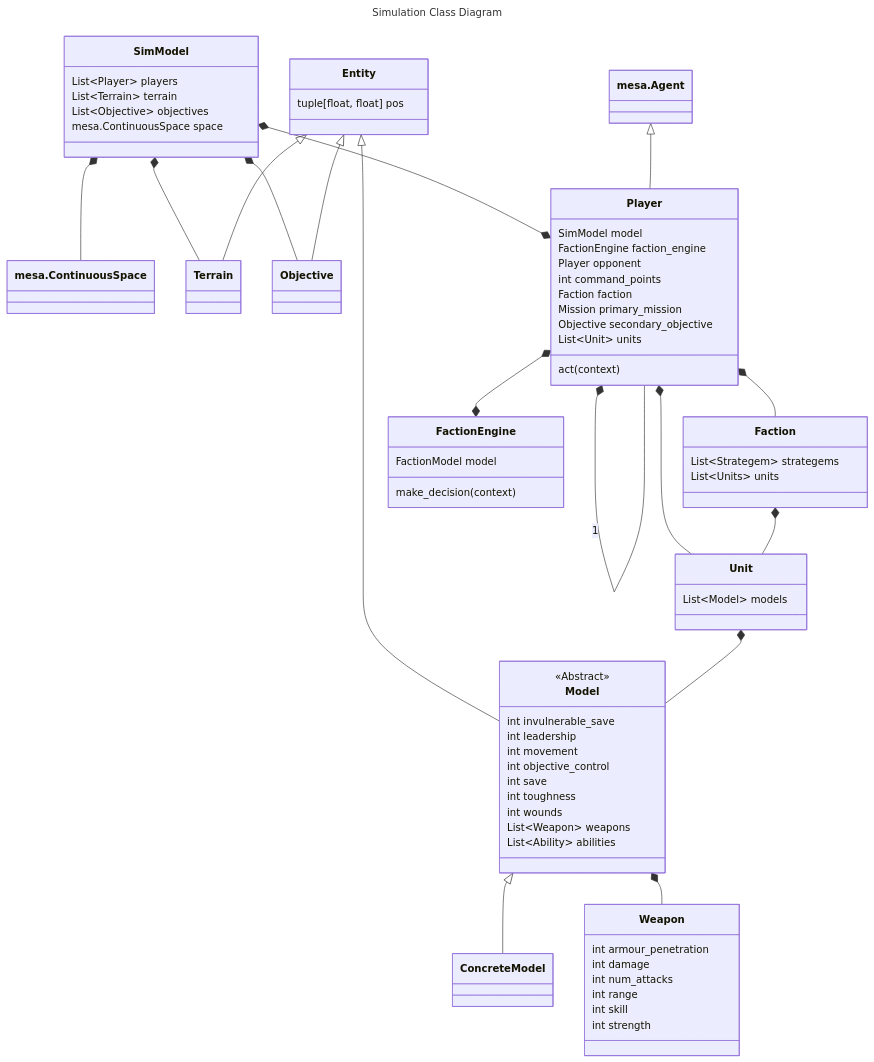
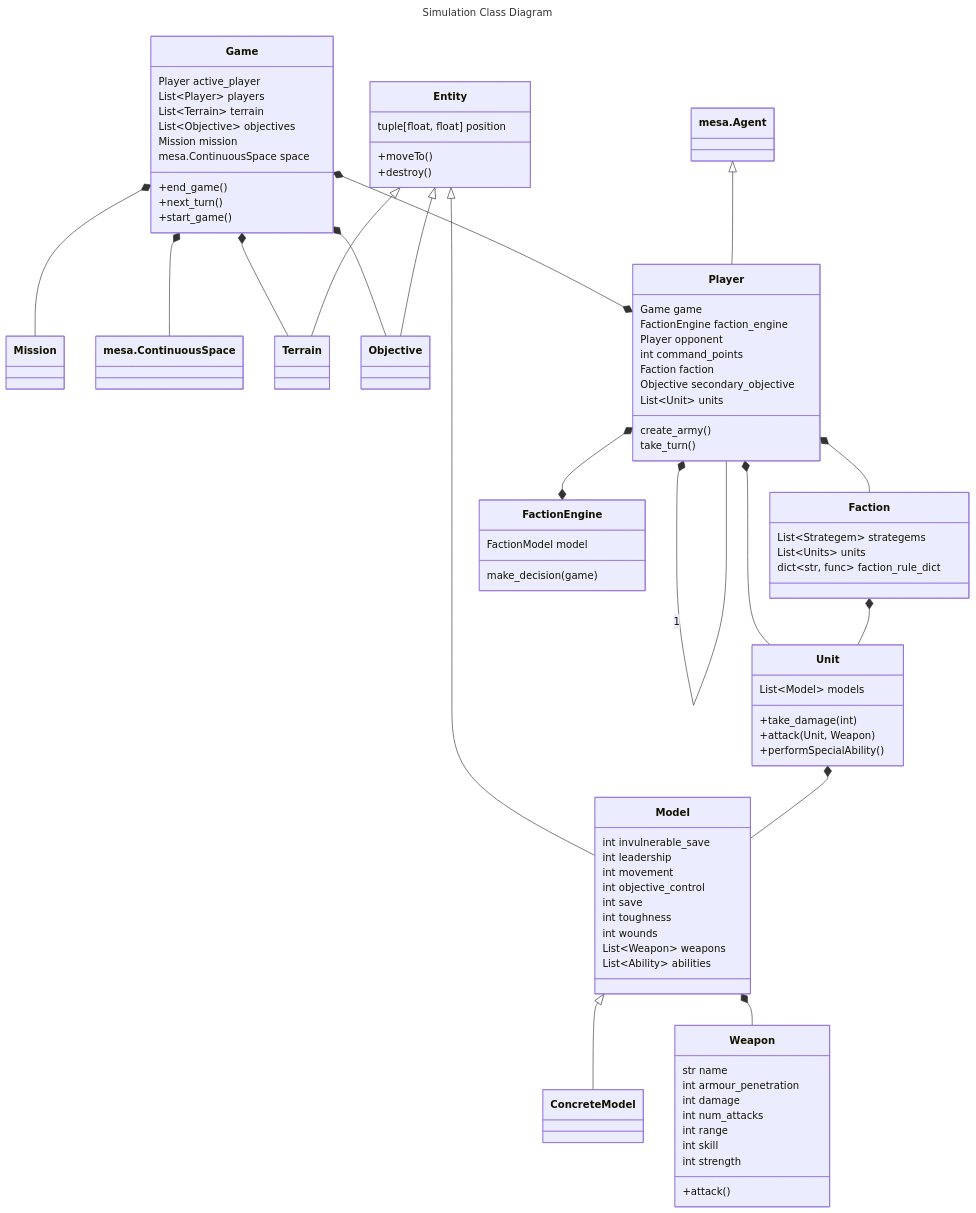
The diagram in model/diagrams/simulation_class_diagram.md (ericdrejza/omnissiah-tacticus-engine), drawn with Mermaid before and after one commit.

Commit message:
Add more fields and methods.

````diff
--- a/model/diagrams/simulation_class_diagram.md
+++ b/model/diagrams/simulation_class_diagram.md
@@ -2,31 +2,41 @@
 ---
 title: Simulation Class Diagram
 ---
-
 classDiagram
 
-class SimModel {
+class Game {
+    Player active_player
     List~Player~ players
     List~Terrain~ terrain
     List~Objective~ objectives
+    Mission mission
     mesa.ContinuousSpace space
+
+    +end_game()
+    +next_turn()
+    +start_game()
 }
 
+class Mission
 class mesa.ContinuousSpace
 class Terrain
 class Objective
 
-SimModel *-- mesa.ContinuousSpace
-SimModel *--* Player
-SimModel *-- Terrain
-SimModel *-- Objective
+Game *-- Mission
+Game *-- mesa.ContinuousSpace
+Game *--* Player
+Game *-- Terrain
+Game *-- Objective
 
 Entity <|-- Terrain
 Entity <|-- Objective
 Entity <|-- Model
 
 class Entity {
-    tuple[float, float] pos
+    tuple[float, float] position
+
+    +moveTo()
+    +destroy()
 }
 
 class mesa.Agent
@@ -34,7 +44,7 @@
 
 class Player {
     %% model
-    SimModel model
+    Game game
 
     %% engine
     FactionEngine faction_engine
@@ -45,12 +55,12 @@
     %% stats
     int command_points
     Faction faction
-    Mission primary_mission
     Objective secondary_objective
     List~Unit~ units
 
     %% methods
-    act(context)
+    create_army()
+    take_turn()
 }
 
 Player *-- Faction
@@ -61,25 +71,28 @@
 class FactionEngine {
     FactionModel model
 
-    make_decision(context)
+    make_decision(game)
 }
 
 class Faction {
     List~Strategem~ strategems
     List~Units~ units
+    dict~str, func~ faction_rule_dict
 }
 
 Faction *-- Unit
 
 class Unit {
     List~Model~ models
+
+    +take_damage(int)
+    +attack(Unit, Weapon)
+    +performSpecialAbility()
 }
 
 Unit *-- Model
 
 class Model {
-    <<Abstract>>
-
     %% stat line
     int invulnerable_save
     int leadership
@@ -101,11 +114,14 @@
 Model *-- Weapon
 
 class Weapon {
+    str name
     int armour_penetration
     int damage
     int num_attacks
     int range
     int skill
     int strength
+
+    +attack()
 }
 ```
````
